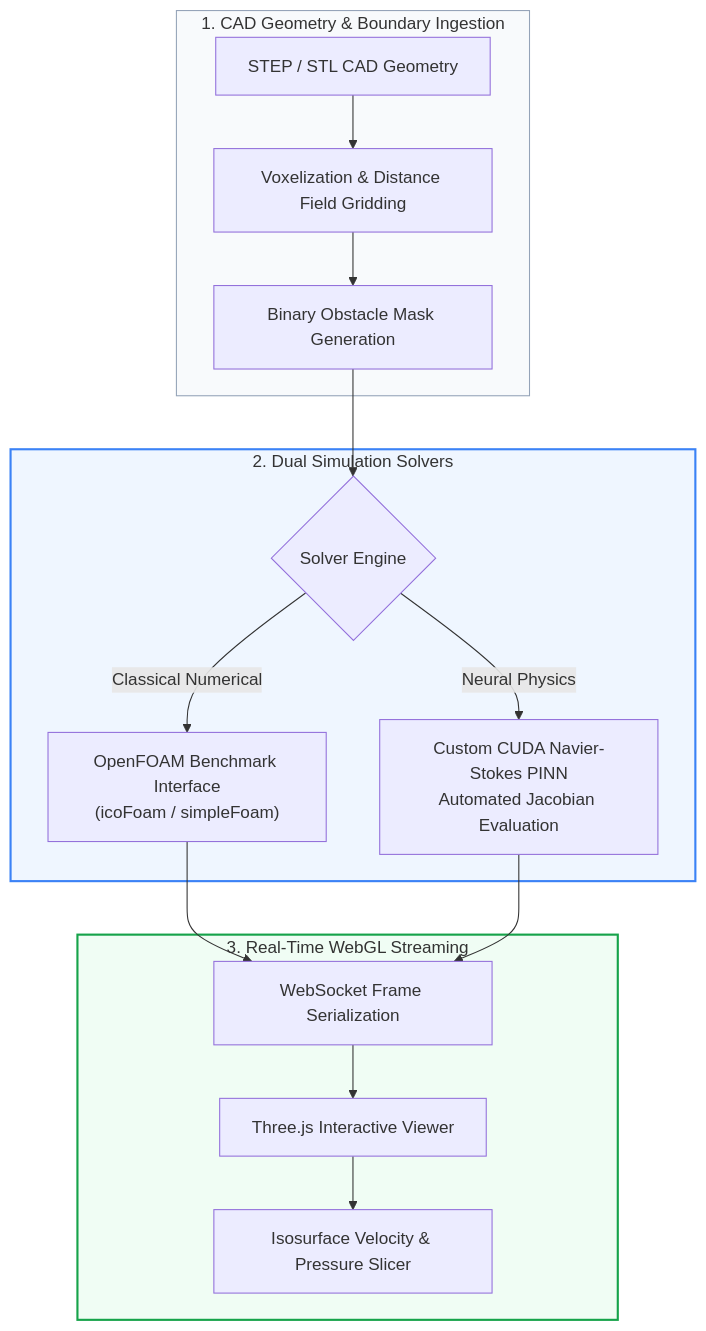
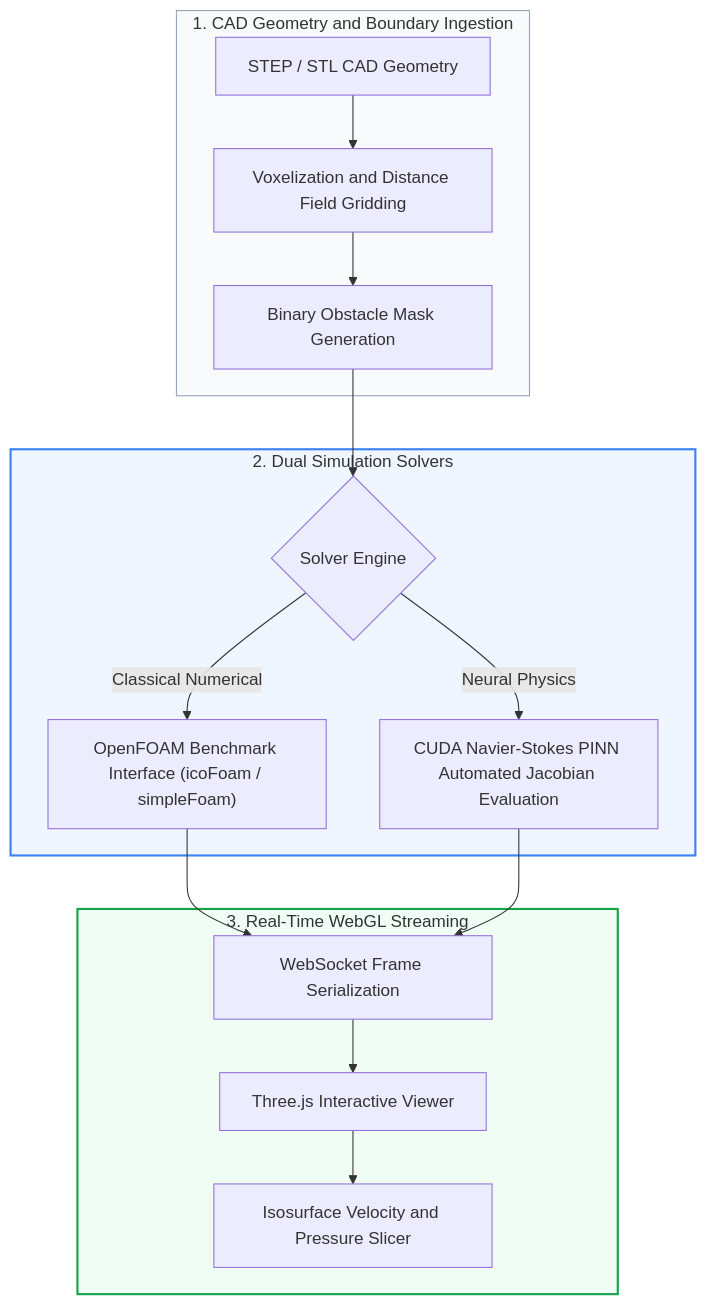
Before and after one commit to Keshavj-13/thapar-cfd-pinn-platform: the diagram in README.md, drawn with Mermaid. The commit also changed other lines of this file and 7 other files, not shown here.

Commit message:
docs: add 5 interactive CFD and PINN feature demonstrations with benchmark validations

````diff
--- a/README.md
+++ b/README.md
@@ -14,23 +48,23 @@
 ```mermaid
 flowchart TD
-    subgraph Preprocessing ["1. CAD Geometry & Boundary Ingestion"]
-        STL["STEP / STL CAD Geometry"] --> VoxelGrid["Voxelization & Distance Field Gridding"]
+    subgraph Preprocessing ["1. CAD Geometry and Boundary Ingestion"]
+        STL["STEP / STL CAD Geometry"] --> VoxelGrid["Voxelization and Distance Field Gridding"]
         VoxelGrid --> Mask["Binary Obstacle Mask Generation"]
     end
 
     subgraph Solvers ["2. Dual Simulation Solvers"]
         Mask --> EngineSelect{"Solver Engine"}
-        EngineSelect -->|Classical Numerical| OF["OpenFOAM Benchmark Interface<br/>(icoFoam / simpleFoam)"]
-        EngineSelect -->|Neural Physics| PINN["Custom CUDA Navier-Stokes PINN<br/>Automated Jacobian Evaluation"]
+        EngineSelect -->|Classical Numerical| OF["OpenFOAM Benchmark Interface (icoFoam / simpleFoam)"]
+        EngineSelect -->|Neural Physics| PINN["CUDA Navier-Stokes PINN Automated Jacobian Evaluation"]
     end
 
     subgraph Visualization ["3. Real-Time WebGL Streaming"]
         OF & PINN --> Streamer["WebSocket Frame Serialization"]
         Streamer --> Canvas["Three.js Interactive Viewer"]
-        Canvas --> Slices["Isosurface Velocity & Pressure Slicer"]
+        Canvas --> Slices["Isosurface Velocity and Pressure Slicer"]
     end
 
     style Preprocessing fill:#f8fafc,stroke:#94a3b8
     style Solvers fill:#eff6ff,stroke:#3b82f6,stroke-width:2px
     style Visualization fill:#f0fdf4,stroke:#16a34a,stroke-width:2px
 ```
````
